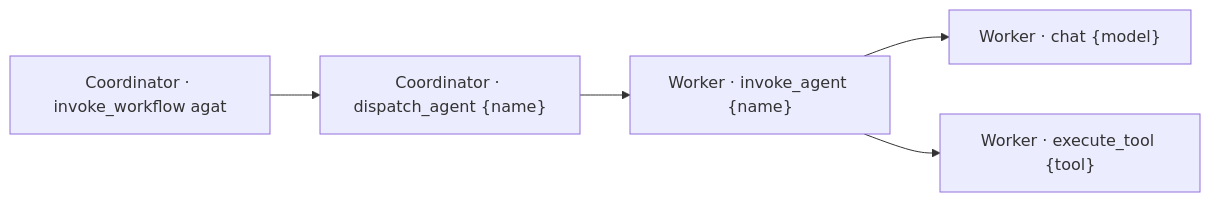
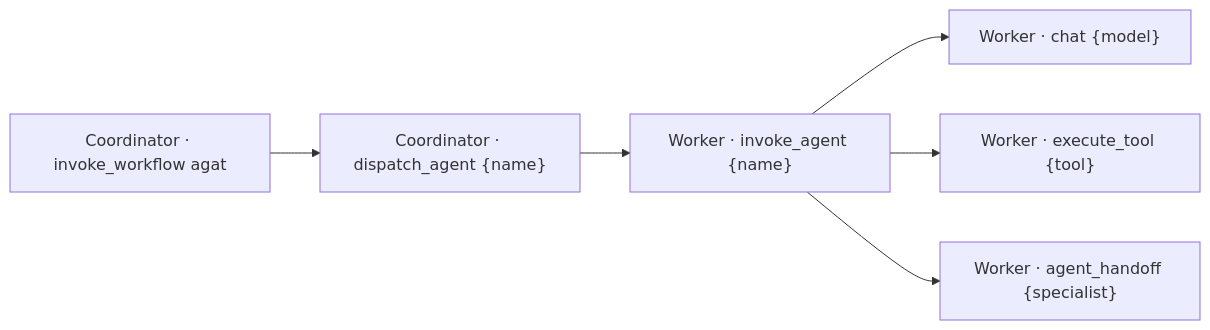
One commit to Solutions-of-Security/Agat changed the diagram in docs/observability-replay-evals.md. Above: the diagram before and after it, drawn with Mermaid. The commit also changed other lines of this file and 43 other files, not shown here.

````diff
--- a/docs/observability-replay-evals.md
+++ b/docs/observability-replay-evals.md
@@ -12,7 +12,8 @@
 ```mermaid
 flowchart LR
     R["Coordinator · invoke_workflow agat"] --> D["Coordinator · dispatch_agent {name}"]
     D --> W["Worker · invoke_agent {name}"]
     W --> M["Worker · chat {model}"]
     W --> T["Worker · execute_tool {tool}"]
+    W --> H["Worker · agent_handoff {specialist}"]
 ```
````
